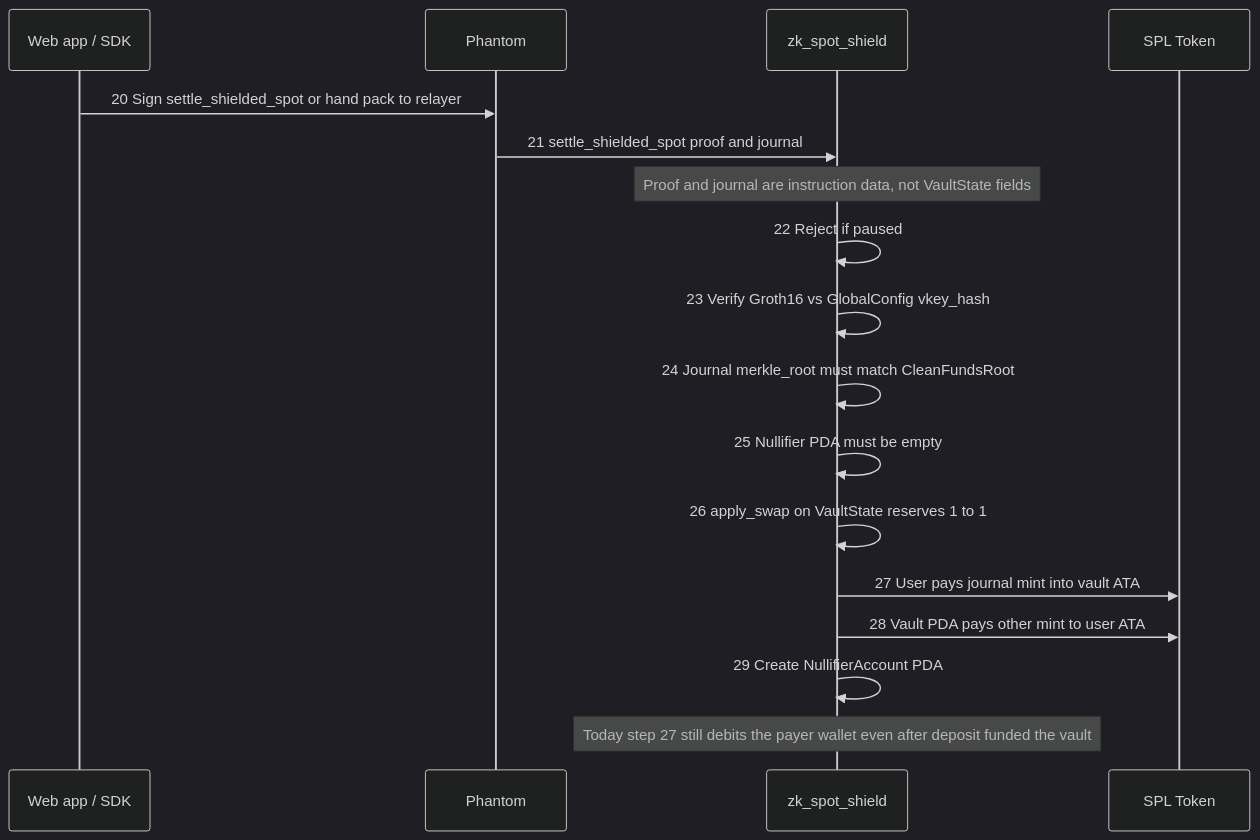
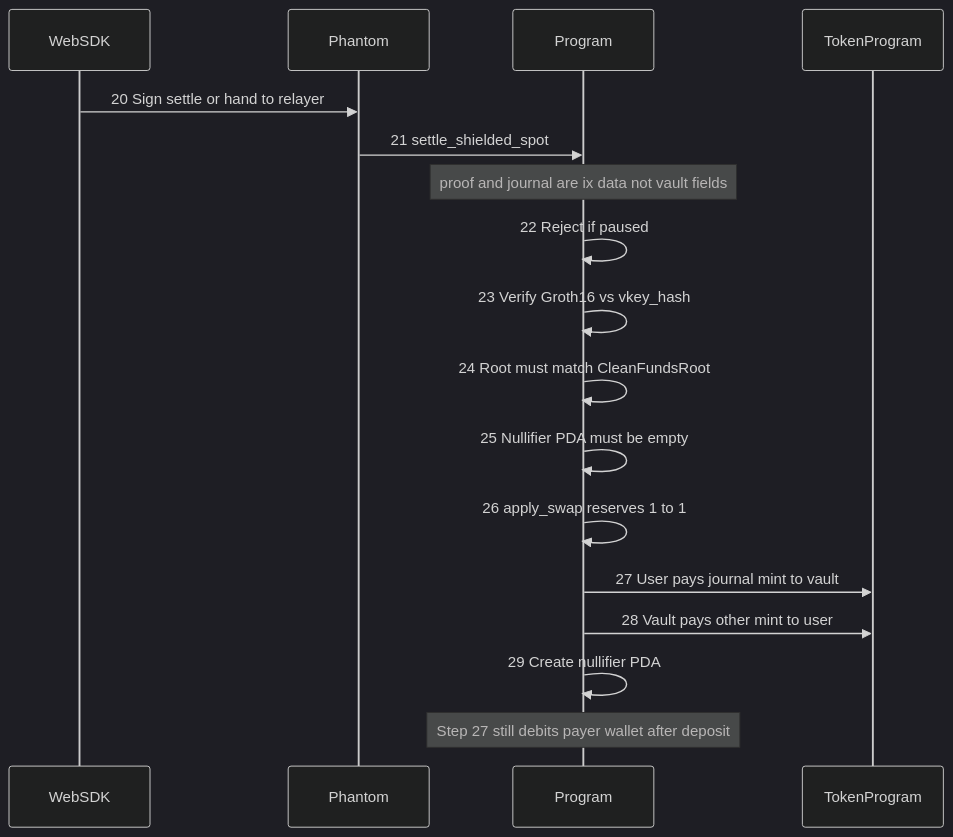
The fifth of 7 diagrams in docs/architecture.md (pprogrammingg/zk-spot-shield), drawn with Mermaid (dark theme) before and after one commit. The commit also changed other lines of this file and 6 other files, not shown here.

````diff
--- a/docs/architecture.md
+++ b/docs/architecture.md
@@ -136,20 +138,19 @@
 ```mermaid
 sequenceDiagram
-    participant W as Web app / SDK
-    participant Ph as Phantom
-    participant Prog as zk_spot_shield
-    participant Spl as SPL Token
-
-    W->>Ph: 20 Sign settle_shielded_spot or hand pack to relayer
-    Ph->>Prog: 21 settle_shielded_spot proof and journal
-    Note over Prog: Proof and journal are instruction data, not VaultState fields
-    Prog->>Prog: 22 Reject if paused
-    Prog->>Prog: 23 Verify Groth16 vs GlobalConfig vkey_hash
-    Prog->>Prog: 24 Journal merkle_root must match CleanFundsRoot
-    Prog->>Prog: 25 Nullifier PDA must be empty
-    Prog->>Prog: 26 apply_swap on VaultState reserves 1 to 1
-    Prog->>Spl: 27 User pays journal mint into vault ATA
-    Prog->>Spl: 28 Vault PDA pays other mint to user ATA
-    Prog->>Prog: 29 Create NullifierAccount PDA
-    Note over Prog: Today step 27 still debits the payer wallet even after deposit funded the vault
+  participant W as WebSDK
+  participant Ph as Phantom
+  participant Prog as Program
+  participant Spl as TokenProgram
+  W->>Ph: 20 Sign settle or hand to relayer
+  Ph->>Prog: 21 settle_shielded_spot
+  Note over Prog: proof and journal are ix data not vault fields
+  Prog->>Prog: 22 Reject if paused
+  Prog->>Prog: 23 Verify Groth16 vs vkey_hash
+  Prog->>Prog: 24 Root must match CleanFundsRoot
+  Prog->>Prog: 25 Nullifier PDA must be empty
+  Prog->>Prog: 26 apply_swap reserves 1 to 1
+  Prog->>Spl: 27 User pays journal mint to vault
+  Prog->>Spl: 28 Vault pays other mint to user
+  Prog->>Prog: 29 Create nullifier PDA
+  Note over Prog: Step 27 still debits payer wallet after deposit
 ```
````
